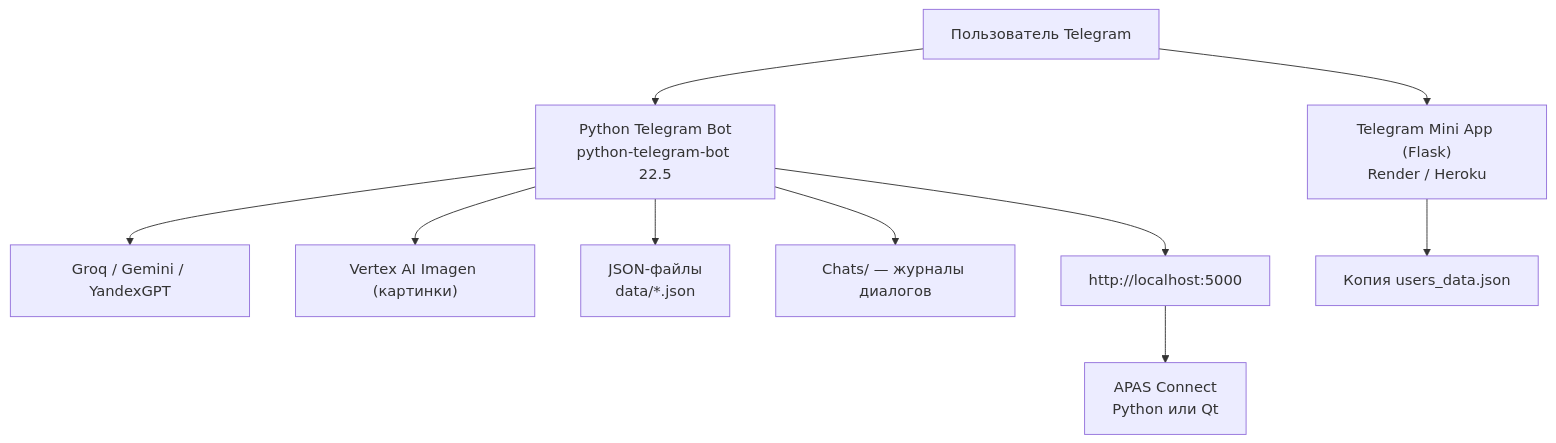
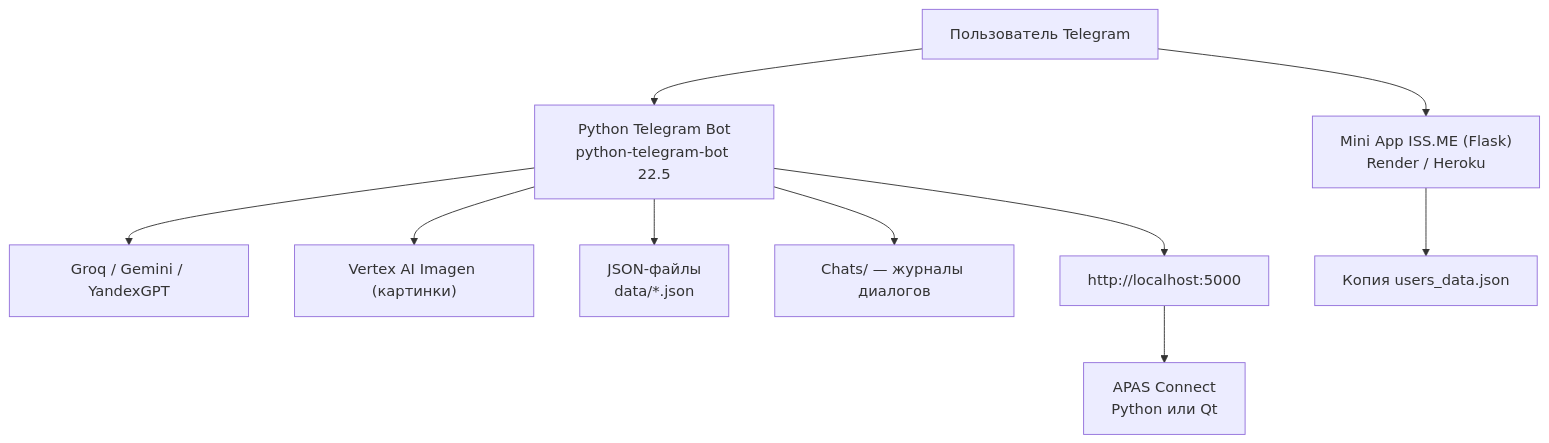
Before and after one commit to pavelrakcheev/APAS-Telegram-Bot: the second of 2 diagrams in README.md, drawn with Mermaid. The commit also changed other lines of this file and 8 other files, not shown here.

````diff
--- a/README.md
+++ b/README.md
@@ -179,12 +450,12 @@
 ```mermaid
 flowchart TD
     U["Пользователь Telegram"] --> B["Python Telegram Bot<br/>python-telegram-bot 22.5"]
     B --> G["Groq / Gemini / YandexGPT"]
     B --> V["Vertex AI Imagen (картинки)"]
     B --> J["JSON-файлы<br/>data/*.json"]
     B --> C["Chats/ — журналы диалогов"]
-    U --> M["Telegram Mini App (Flask)<br/>Render / Heroku"]
+    U --> M["Mini App ISS.ME (Flask)<br/>Render / Heroku"]
     M --> MJ["Копия users_data.json"]
     B --> R["http://localhost:5000"]
     R --> PC["APAS Connect<br/>Python или Qt"]
 ```
````
